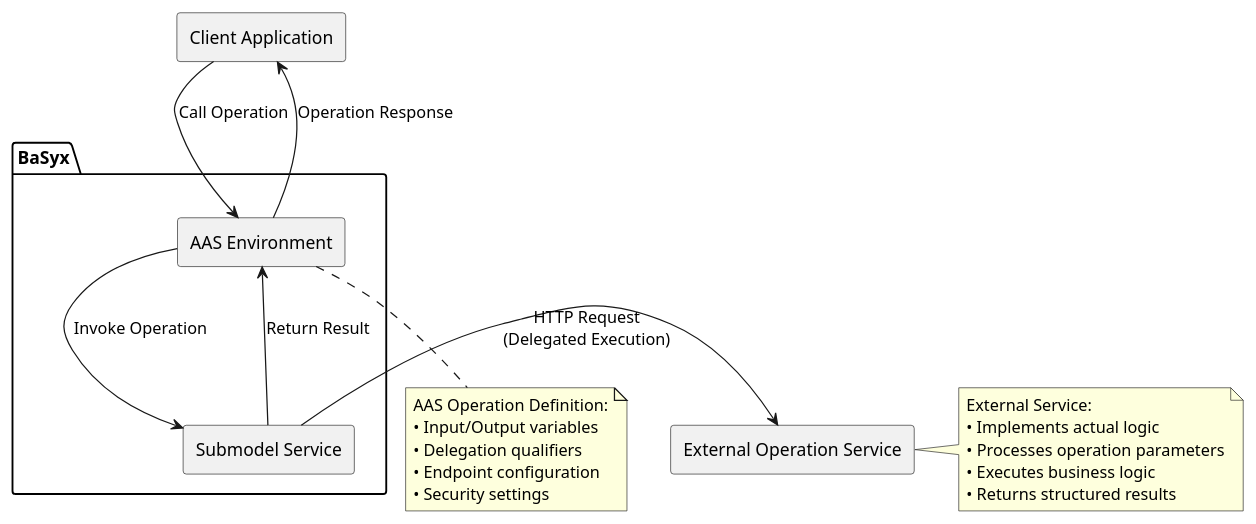
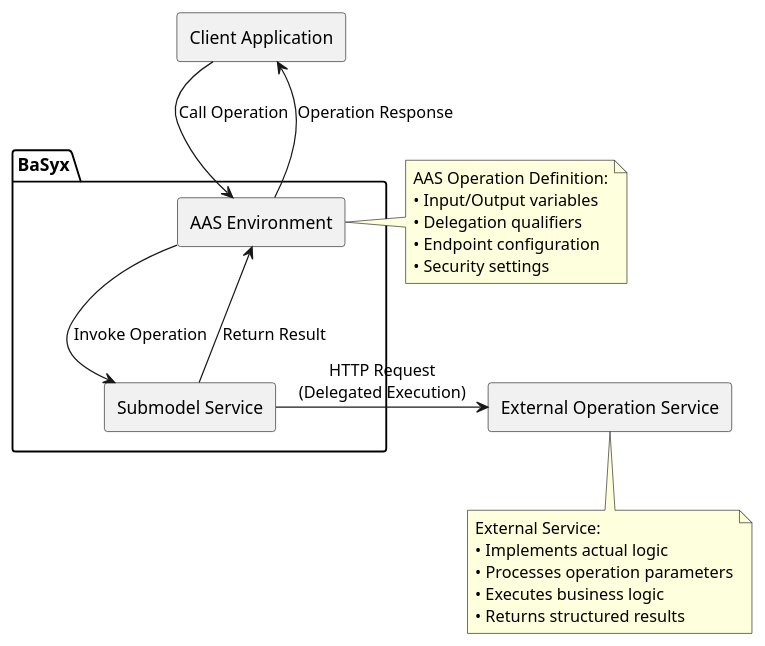
Before and after one commit to eclipse-basyx/basyx-wiki: the diagram in docs/source/content/concepts/use_cases/charts/operation_architecture.puml, drawn with PlantUML. The commit also changed 1 other file, not shown here.

Commit message:
Improves diagrams

```diff
--- a/docs/source/content/concepts/use_cases/charts/operation_architecture.puml
+++ b/docs/source/content/concepts/use_cases/charts/operation_architecture.puml
@@ -1,33 +1,33 @@
 @startuml
 rectangle "Client Application" as client
 
 package "BaSyx" {
     rectangle "AAS Environment" as aasenv
     rectangle "Submodel Service" as smservice
 }
 
 rectangle "External Operation Service" as opservice
 
 client -down-> aasenv : Call Operation
 aasenv -down-> smservice : Invoke Operation
 
 smservice -right-> opservice : HTTP Request\n(Delegated Execution)
 smservice -up-> aasenv : Return Result
 aasenv -up-> client : Operation Response
 
-note right of opservice
+note bottom of opservice
   External Service:
   • Implements actual logic
   • Processes operation parameters
   • Executes business logic
   • Returns structured results
 end note
 
-note bottom of aasenv
+note right of aasenv
   AAS Operation Definition:
   • Input/Output variables
   • Delegation qualifiers
   • Endpoint configuration
   • Security settings
 end note
 @enduml
```
